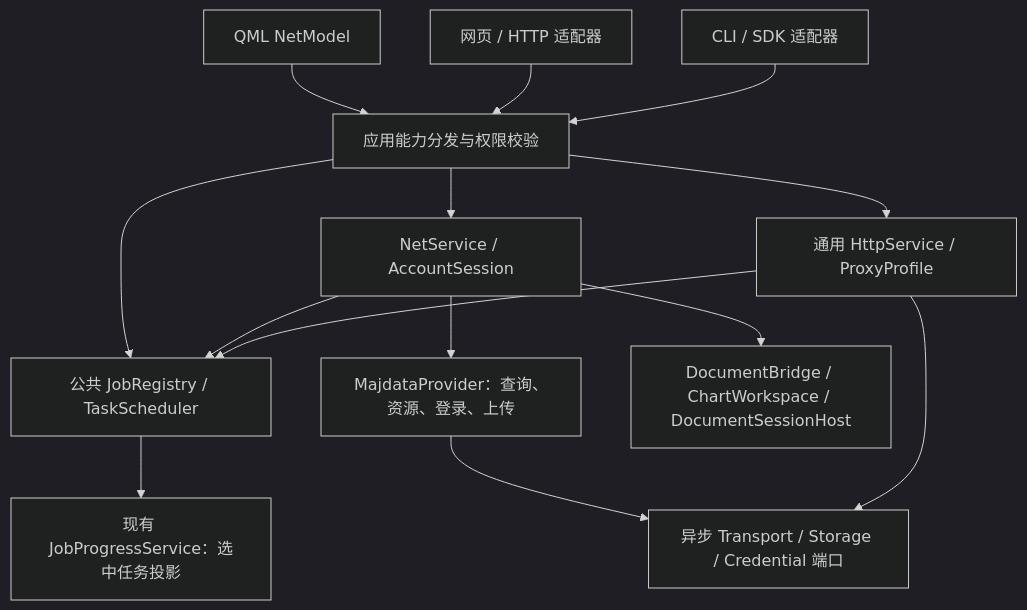
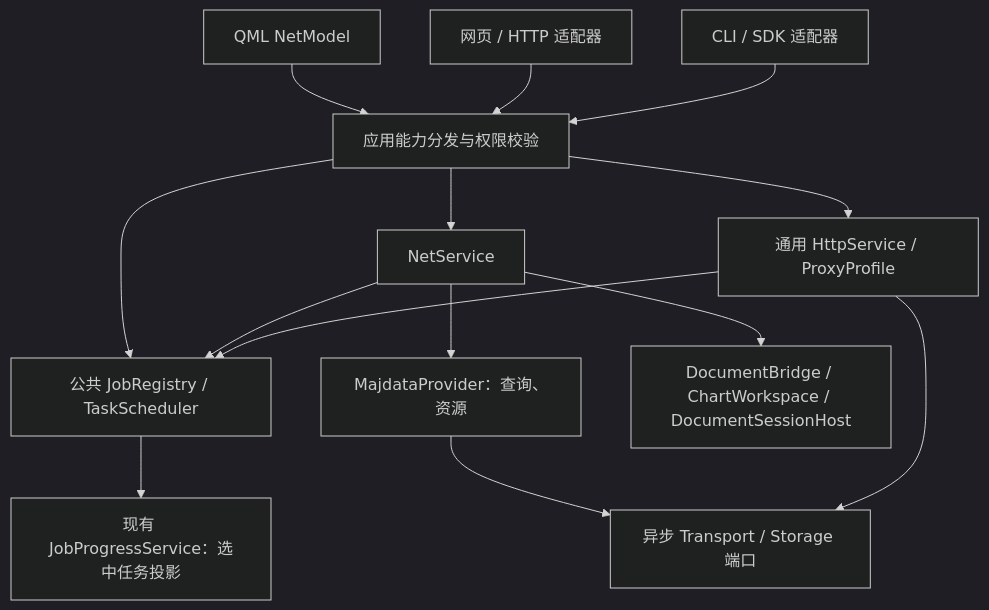
The diagram in docs/specs/net/NET_API_CONTRACT_ZH.md (Am1e2z3473/MiaCode), drawn with Mermaid (dark theme) before and after one commit. The commit also changed other lines of this file and 33 other files, not shown here.

````diff
--- a/docs/specs/net/NET_API_CONTRACT_ZH.md
+++ b/docs/specs/net/NET_API_CONTRACT_ZH.md
@@ -17,16 +17,16 @@
 ```mermaid
 flowchart TB
   QML["QML NetModel"] --> API["应用能力分发与权限校验"]
   WEB["网页 / HTTP 适配器"] --> API
   CLI["CLI / SDK 适配器"] --> API
-  API --> NET["NetService / AccountSession"]
+  API --> NET["NetService"]
   API --> HTTP["通用 HttpService / ProxyProfile"]
   API --> JOBS["公共 JobRegistry / TaskScheduler"]
   NET --> JOBS
   HTTP --> JOBS
-  NET --> PROVIDER["MajdataProvider：查询、资源、登录、上传"]
-  PROVIDER --> PORT["异步 Transport / Storage / Credential 端口"]
+  NET --> PROVIDER["MajdataProvider：查询、资源"]
+  PROVIDER --> PORT["异步 Transport / Storage 端口"]
   HTTP --> PORT
   NET --> DOC["DocumentBridge / ChartWorkspace / DocumentSessionHost"]
   JOBS --> PROGRESS["现有 JobProgressService：选中任务投影"]
 ```
````
